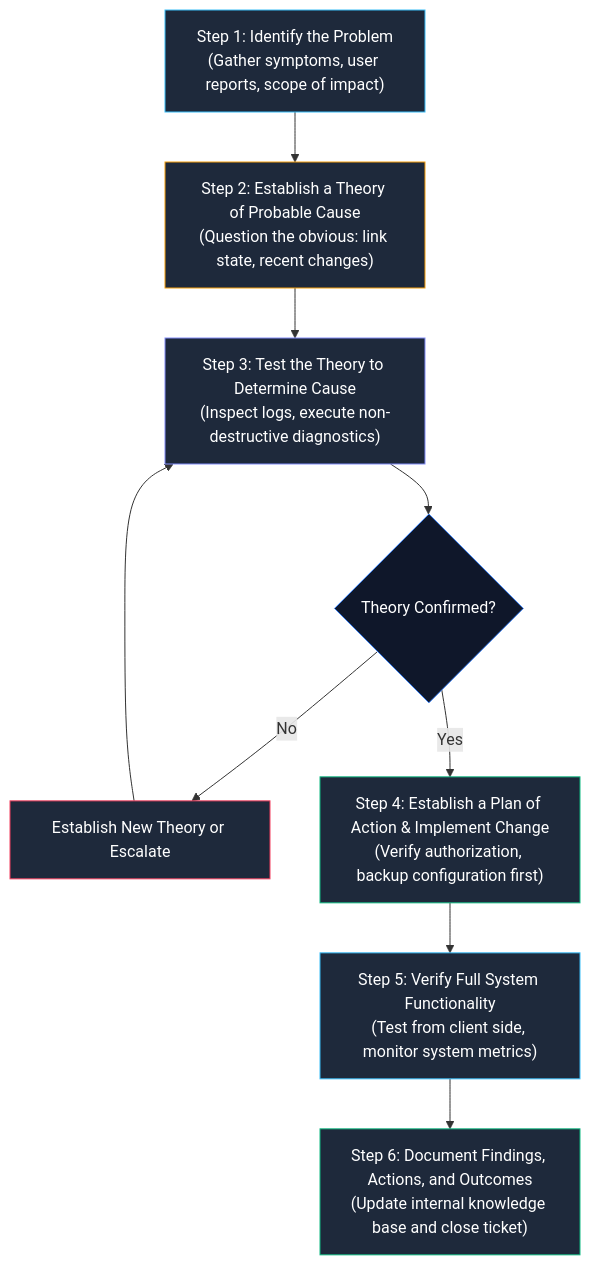
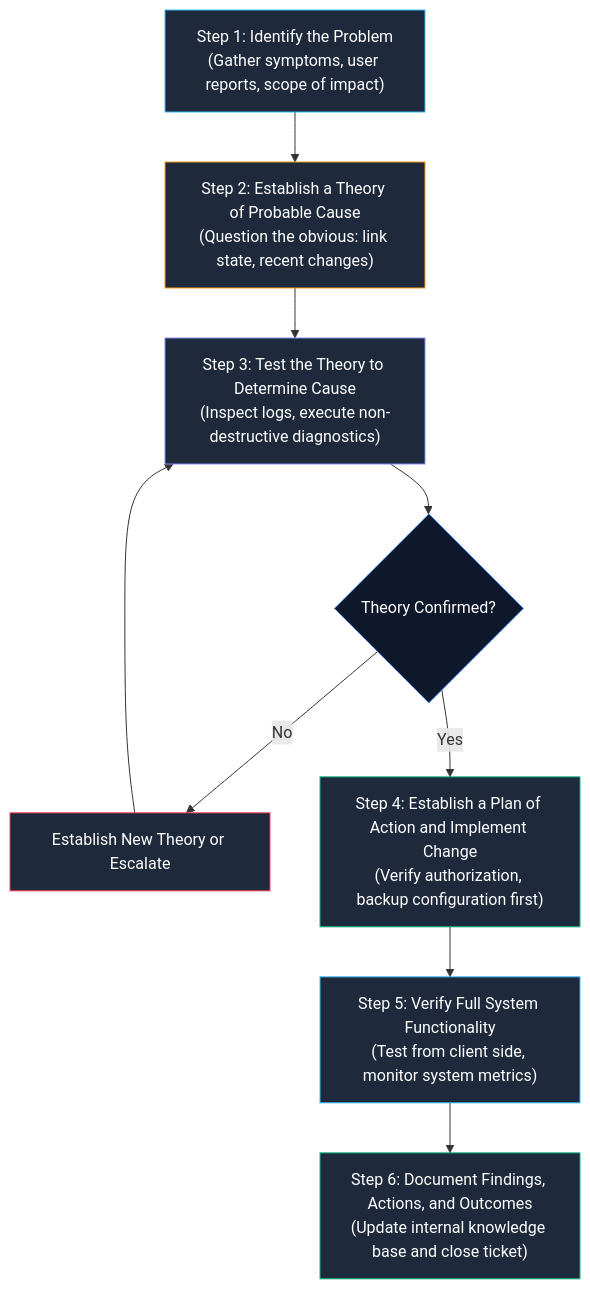
Before and after one commit to Kashif-Mashi/Blue-Team-Handbook: the fourth of 4 diagrams in System-and-Network-Administrator/01-Introduction-to-SNA.md, drawn with Mermaid. The commit also changed other lines of this file and 13 other files, not shown here.

Commit message:
Verification & Fixes: Mermaid Diagrams Across the Repository

````diff
--- a/System-and-Network-Administrator/01-Introduction-to-SNA.md
+++ b/System-and-Network-Administrator/01-Introduction-to-SNA.md
@@ -456,20 +456,20 @@
 ```mermaid
 flowchart TD
     A["Step 1: Identify the Problem<br/>(Gather symptoms, user reports, scope of impact)"] --> B["Step 2: Establish a Theory of Probable Cause<br/>(Question the obvious: link state, recent changes)"]
     B --> C["Step 3: Test the Theory to Determine Cause<br/>(Inspect logs, execute non-destructive diagnostics)"]
     C --> D{"Theory Confirmed?"}
-    D -->|No| E["Establish New Theory or Escalate"]
+    D -->|"No"| E["Establish New Theory or Escalate"]
     E --> C
-    D -->|Yes| F["Step 4: Establish a Plan of Action & Implement Change<br/>(Verify authorization, backup configuration first)"]
+    D -->|"Yes"| F["Step 4: Establish a Plan of Action and Implement Change<br/>(Verify authorization, backup configuration first)"]
     F --> G["Step 5: Verify Full System Functionality<br/>(Test from client side, monitor system metrics)"]
     G --> H["Step 6: Document Findings, Actions, and Outcomes<br/>(Update internal knowledge base and close ticket)"]
 
     style A fill:#1e293b,stroke:#38bdf8,color:#fff
     style B fill:#1e293b,stroke:#f59e0b,color:#fff
     style C fill:#1e293b,stroke:#818cf8,color:#fff
     style D fill:#0f172a,stroke:#3b82f6,color:#fff
     style E fill:#1e293b,stroke:#f43f5e,color:#fff
     style F fill:#1e293b,stroke:#10b981,color:#fff
     style G fill:#1e293b,stroke:#38bdf8,color:#fff
     style H fill:#1e293b,stroke:#10b981,color:#fff
 ```
````
